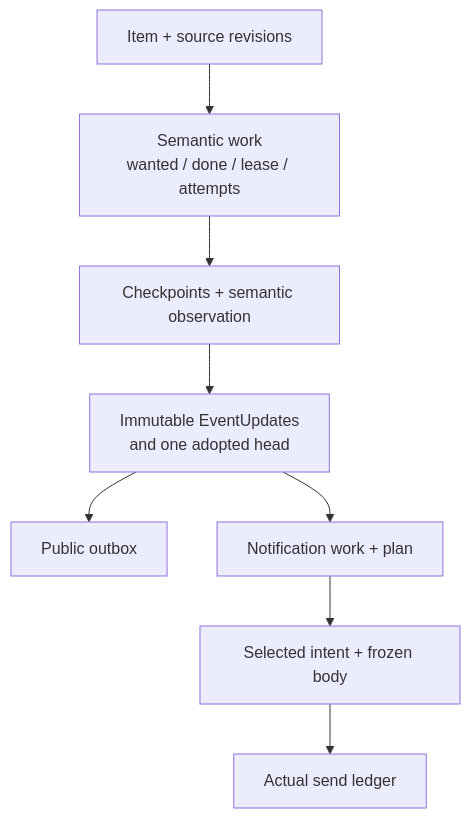
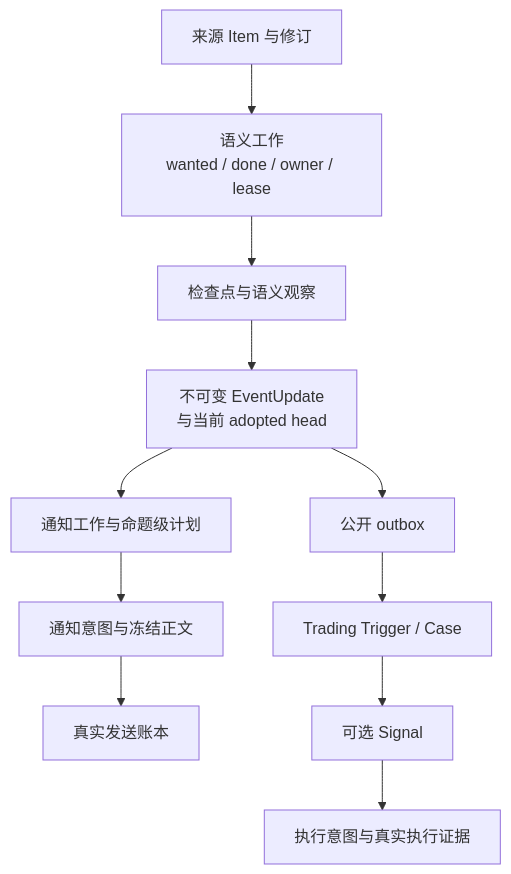
Before and after one commit to AnalyThothAI/tracefold: the fourth of 4 diagrams in docs/ARCHITECTURE.md, drawn with Mermaid. The commit also changed other lines of this file and 28 other files, not shown here.

Commit message:
docs: rebuild the Chinese architecture and module handbook

````diff
--- a/docs/ARCHITECTURE.md
+++ b/docs/ARCHITECTURE.md
@@ -124,10 +120,13 @@
 ```mermaid
 flowchart TB
-    Item["Item + source revisions"] --> Input["Semantic work<br/>wanted / done / lease / attempts"]
-    Input --> Observation["Checkpoints + semantic observation"]
-    Observation --> Head["Immutable EventUpdates<br/>and one adopted head"]
-    Head --> Public["Public outbox"]
-    Head --> Plan["Notification work + plan"]
-    Plan --> Intent["Selected intent + frozen body"]
-    Intent --> Receipt["Actual send ledger"]
+    Item["来源 Item 与修订"] --> Work["语义工作<br/>wanted / done / owner / lease"]
+    Work --> Checkpoint["检查点与语义观察"]
+    Checkpoint --> Update["不可变 EventUpdate<br/>与当前 adopted head"]
+    Update --> Public["公开 outbox"]
+    Update --> Plan["通知工作与命题级计划"]
+    Plan --> Intent["通知意图与冻结正文"]
+    Intent --> Receipt["真实发送账本"]
+    Public --> Case["Trading Trigger / Case"]
+    Case --> Signal["可选 Signal"]
+    Signal --> Execution["执行意图与真实执行证据"]
 ```
````
